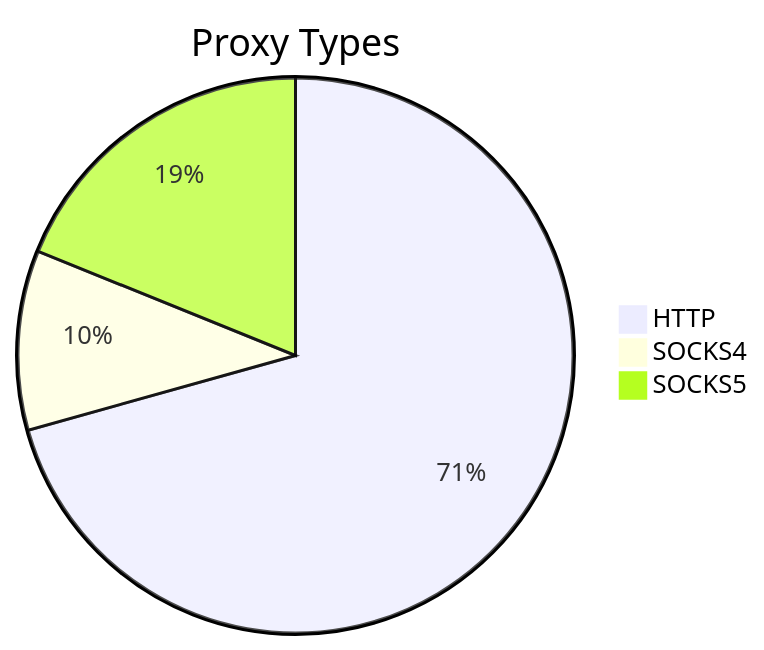
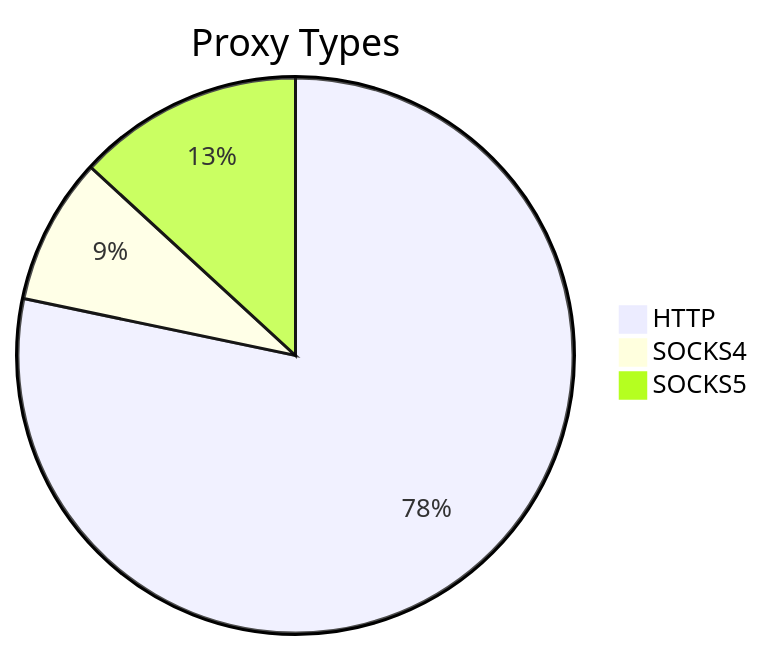
The first of 2 diagrams in README.md (stormsia/proxy-list), drawn with Mermaid before and after one commit. The commit also changed other lines of this file, not shown here.

````diff
--- a/README.md
+++ b/README.md
@@ -21,6 +21,6 @@
 ```mermaid
 pie title Proxy Types
-    "HTTP" : 277
-    "SOCKS4" : 41
-    "SOCKS5" : 74
+    "HTTP" : 220
+    "SOCKS4" : 24
+    "SOCKS5" : 37
 ```
````
